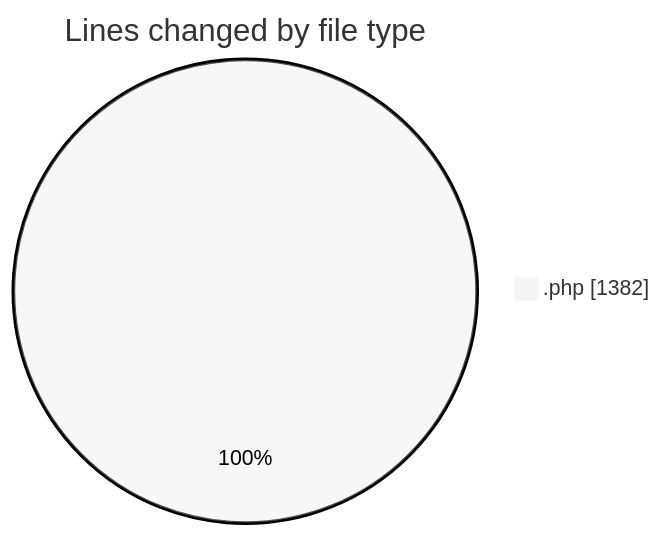
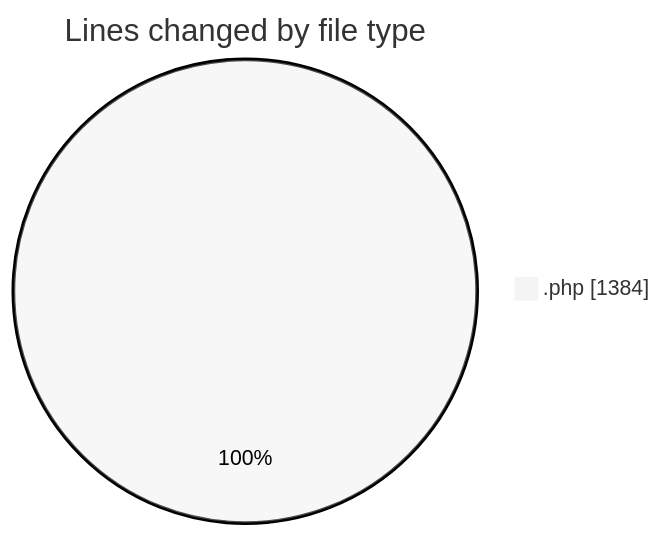
One commit to vahidmafi/code-tracking changed the first of 2 diagrams in 2025-04-17/zeytoon/README.md. Above: the diagram before and after it, drawn with Mermaid (neutral theme). The commit also changed other lines of this file and 1 other file, not shown here.

````diff
--- a/2025-04-17/zeytoon/README.md
+++ b/2025-04-17/zeytoon/README.md
@@ -22,5 +22,5 @@
 ```mermaid
 pie showData
 title Lines changed by file type
-".php" : 1382
+".php" : 1384
 ```
````
